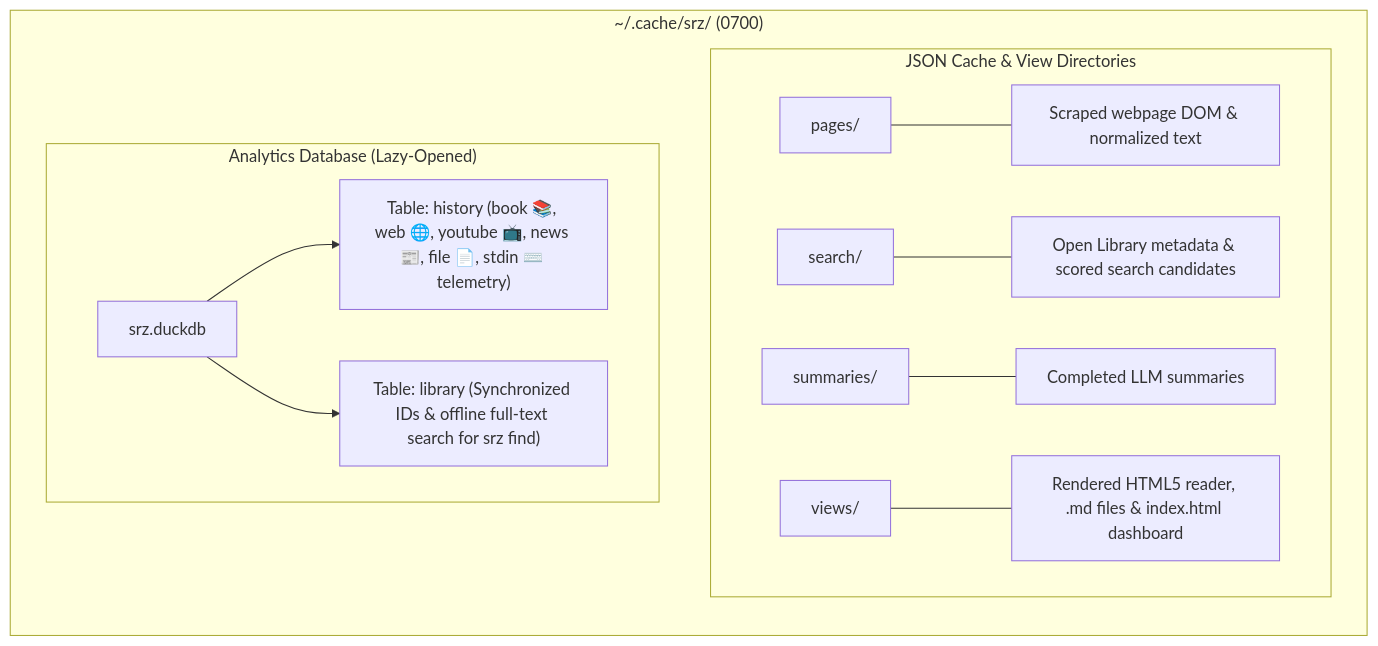
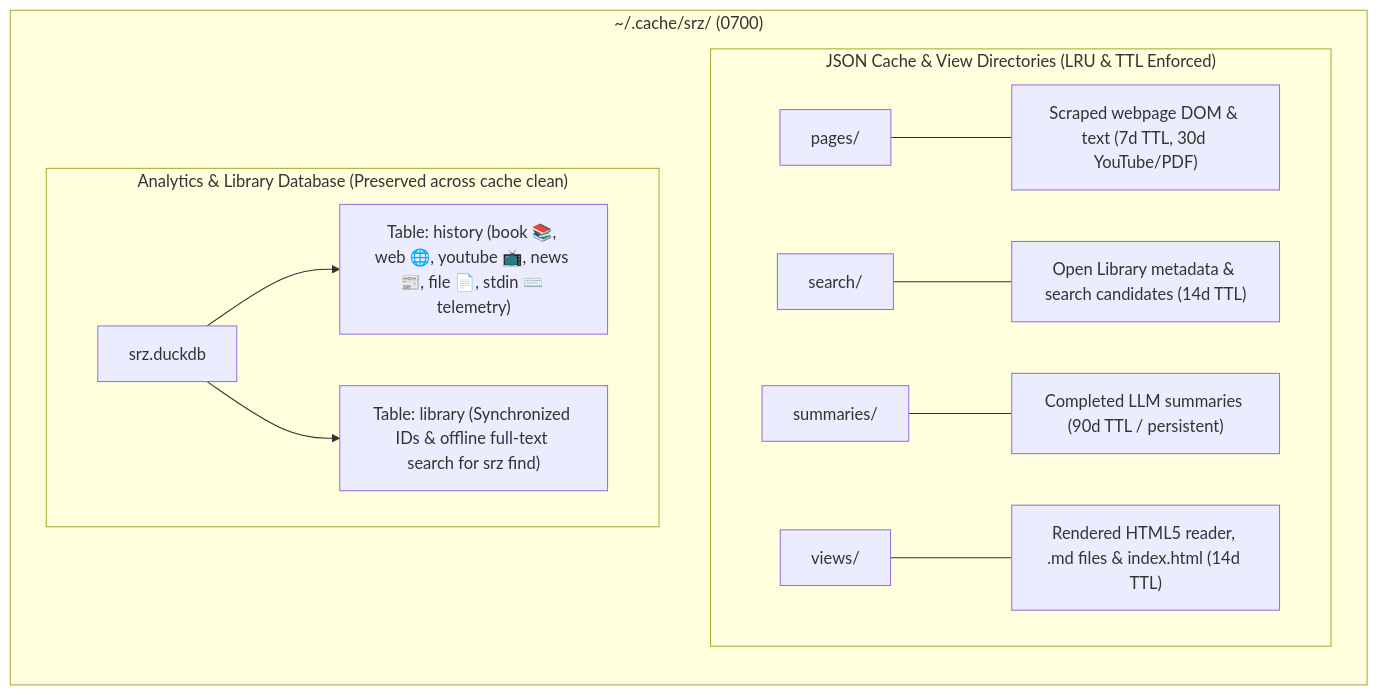
One commit to NewGuy012/srz changed the third of 3 diagrams in OVERVIEW.md. Above: the diagram before and after it, drawn with Mermaid. The commit also changed other lines of this file and 1 other file, not shown here.

Commit message:
docs: update README and OVERVIEW with cache retention policies and pruning commands

````diff
--- a/OVERVIEW.md
+++ b/OVERVIEW.md
@@ -114,16 +114,16 @@
 ```mermaid
 graph LR
     subgraph Root["~/.cache/srz/ (0700)"]
-        subgraph Namespaces["JSON Cache & View Directories"]
-            P["pages/"] --- P_desc["Scraped webpage DOM & normalized text"]
-            S["search/"] --- S_desc["Open Library metadata & scored search candidates"]
-            M["summaries/"] --- M_desc["Completed LLM summaries"]
-            V["views/"] --- V_desc["Rendered HTML5 reader, .md files & index.html dashboard"]
+        subgraph Namespaces["JSON Cache & View Directories (LRU & TTL Enforced)"]
+            P["pages/"] --- P_desc["Scraped webpage DOM & text (7d TTL, 30d YouTube/PDF)"]
+            S["search/"] --- S_desc["Open Library metadata & search candidates (14d TTL)"]
+            M["summaries/"] --- M_desc["Completed LLM summaries (90d TTL / persistent)"]
+            V["views/"] --- V_desc["Rendered HTML5 reader, .md files & index.html (14d TTL)"]
         end
-        subgraph DB["Analytics Database (Lazy-Opened)"]
+        subgraph DB["Analytics & Library Database (Preserved across cache clean)"]
             D["srz.duckdb"]
             D --> T1["Table: history (book 📚, web 🌐, youtube 📺, news 📰, file 📄, stdin ⌨️ telemetry)"]
             D --> T2["Table: library (Synchronized IDs & offline full-text search for srz find)"]
         end
     end
 ```
````
